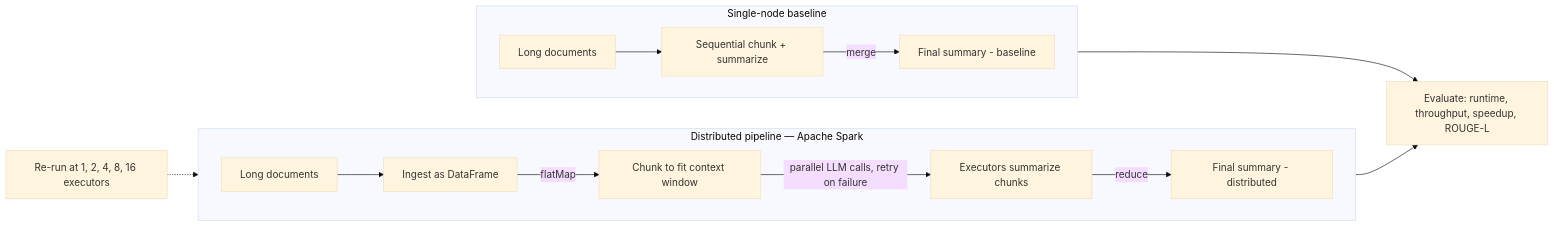
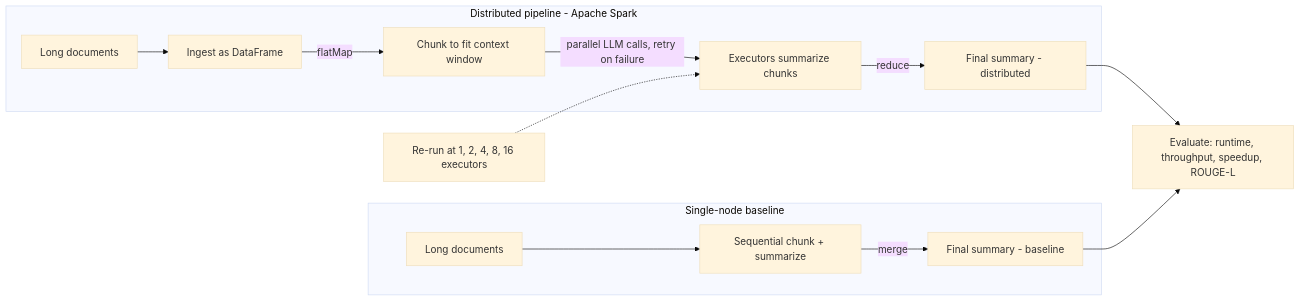
The diagram in README.md (ZifanSi/SPARK-LLM), drawn with Mermaid (base theme) before and after one commit.

````diff
--- a/README.md
+++ b/README.md
@@ -3,22 +3,20 @@
 ```mermaid
 flowchart LR
     S0["Re-run at 1, 2, 4, 8, 16 executors"]
 
-    subgraph DIST["Distributed pipeline — Apache Spark"]
-        direction LR
+    subgraph DIST["Distributed pipeline - Apache Spark"]
         A1[Long documents] --> B1[Ingest as DataFrame]
         B1 -->|flatMap| C1[Chunk to fit context window]
         C1 -->|parallel LLM calls, retry on failure| D1[Executors summarize chunks]
         D1 -->|reduce| E1[Final summary - distributed]
     end
 
     subgraph BASE["Single-node baseline"]
-        direction LR
         A2[Long documents] --> B2[Sequential chunk + summarize]
         B2 -->|merge| C2[Final summary - baseline]
     end
 
     S0 -.-> D1
     E1 --> EVAL[Evaluate: runtime, throughput, speedup, ROUGE-L]
     C2 --> EVAL
 ```
````
